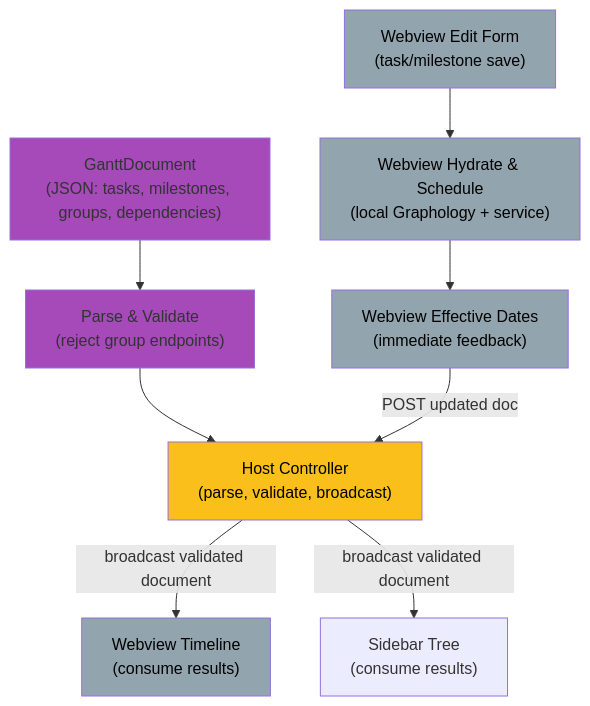
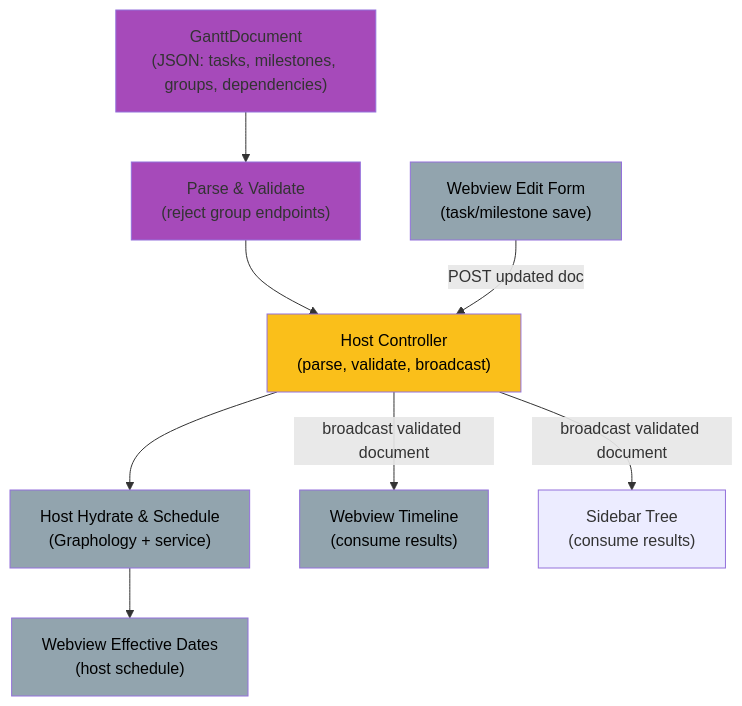
Before and after one commit to sergehas/ganttee: the diagram in docs/specs/scheduling-engine.md, drawn with Mermaid. The commit also changed other lines of this file and 18 other files, not shown here.

````diff
--- a/docs/specs/scheduling-engine.md
+++ b/docs/specs/scheduling-engine.md
@@ -163,30 +161,29 @@
 ```mermaid
 graph TD
     A["GanttDocument<br/>(JSON: tasks, milestones, groups, dependencies)"]
     B["Parse & Validate<br/>(reject group endpoints)"]
 
     F["Host Controller<br/>(parse, validate, broadcast)"]
     G["Webview Edit Form<br/>(task/milestone save)"]
-    H["Webview Hydrate & Schedule<br/>(local Graphology + service)"]
-    I["Webview Effective Dates<br/>(immediate feedback)"]
+    H["Host Hydrate & Schedule<br/>(Graphology + service)"]
+    I["Webview Effective Dates<br/>(host schedule)"]
 
     J["Webview Timeline<br/>(consume results)"]
     K["Sidebar Tree<br/>(consume results)"]
 
     A --> B --> F
 
-    G --> H
-    H --> I
-    I -->|POST updated doc| F
+    G -->|POST updated doc| F
+    F --> H --> I
 
     F -->|broadcast validated document| J
     F -->|broadcast validated document| K
 
     classDef host fill:#FABF1A,color:black
     classDef webview fill:#92A4AE,color:black
     classDef shared fill:#A64ABA
 
     class F host
     class G,H,I,J webview
     class A,B shared
 ```
````
